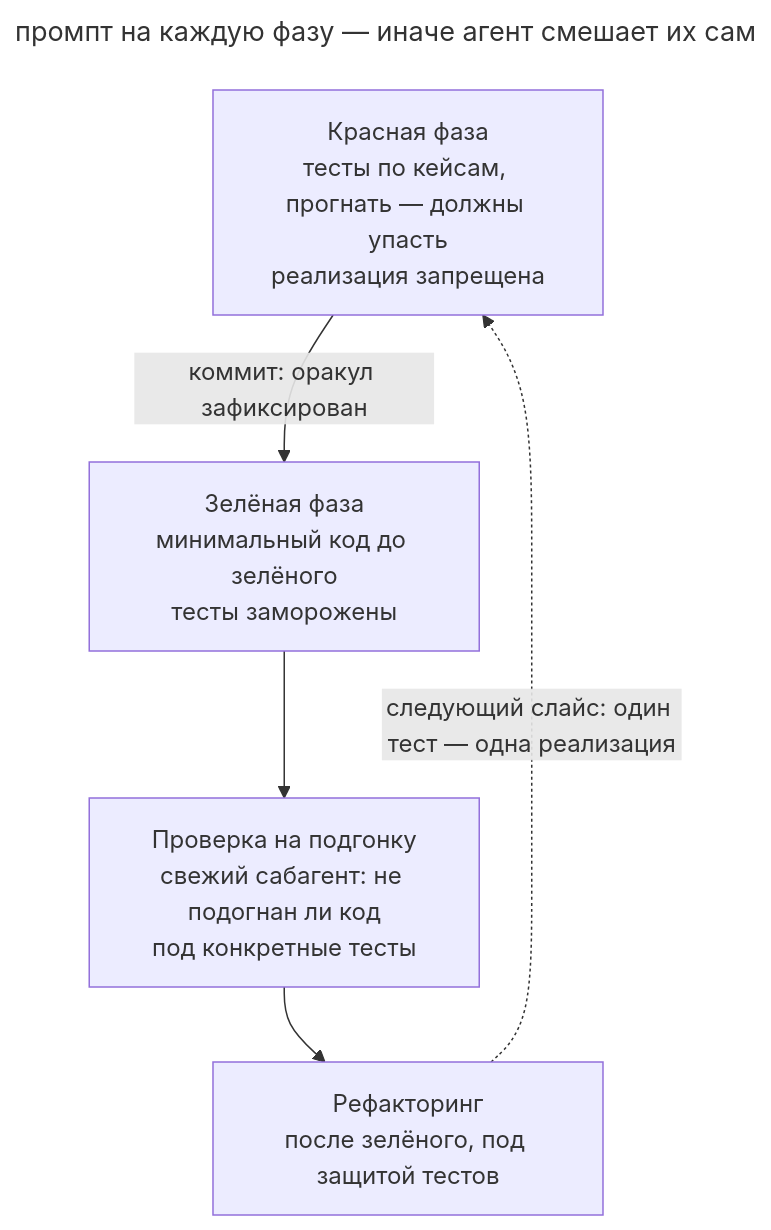
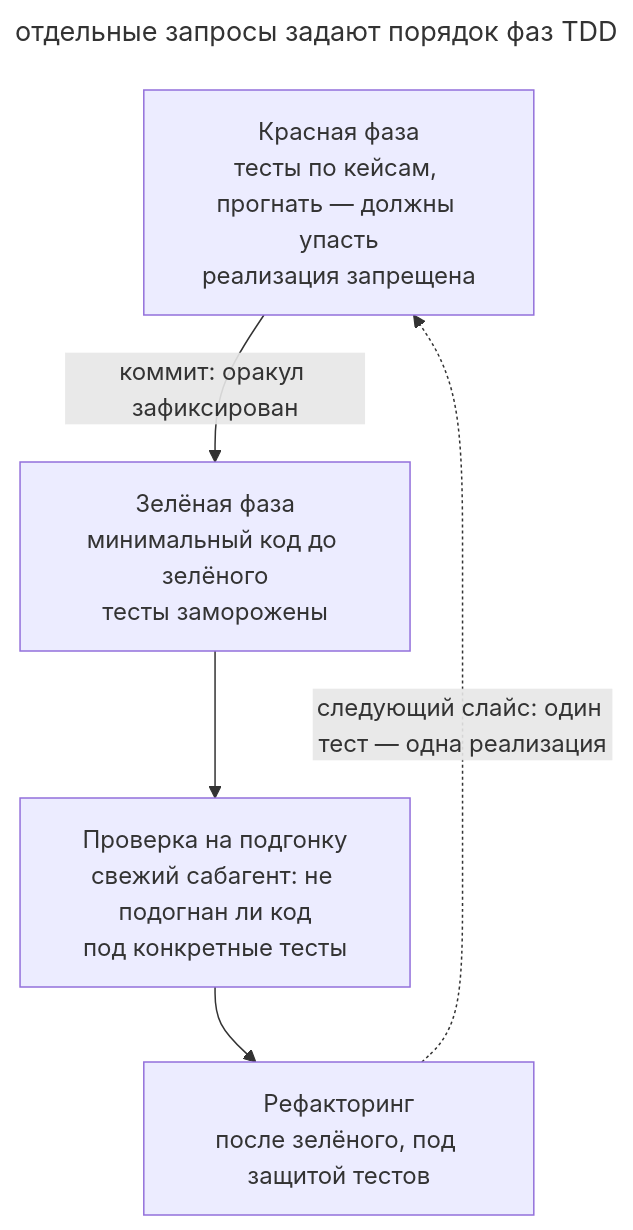
One commit to Rastavelli/agentic-coding-design-patterns changed the diagram in book/ru/tdd-with-agent.md. Above: the diagram before and after it, drawn with Mermaid. The commit also changed 24 other files, not shown here.

Commit message:
docs: finish Russian prose review and align diagram captions

````diff
--- a/book/ru/tdd-with-agent.md
+++ b/book/ru/tdd-with-agent.md
@@ -43,13 +43,13 @@
 ```mermaid
 ---
-title: промпт на каждую фазу — иначе агент смешает их сам
+title: отдельные запросы задают порядок фаз TDD
 ---
 flowchart TB
   red["Красная фаза<br/>тесты по кейсам, прогнать — должны упасть<br/>реализация запрещена"]:::warn
   green["Зелёная фаза<br/>минимальный код до зелёного<br/>тесты заморожены"]
   overfit["Проверка на подгонку<br/>свежий сабагент: не подогнан ли код<br/>под конкретные тесты"]:::muted
   refactor["Рефакторинг<br/>после зелёного, под защитой тестов"]:::accent
   red -- "коммит: оракул зафиксирован" --> green
   green --> overfit --> refactor
   refactor -. "следующий слайс: один тест — одна реализация" .-> red
 ```
````
